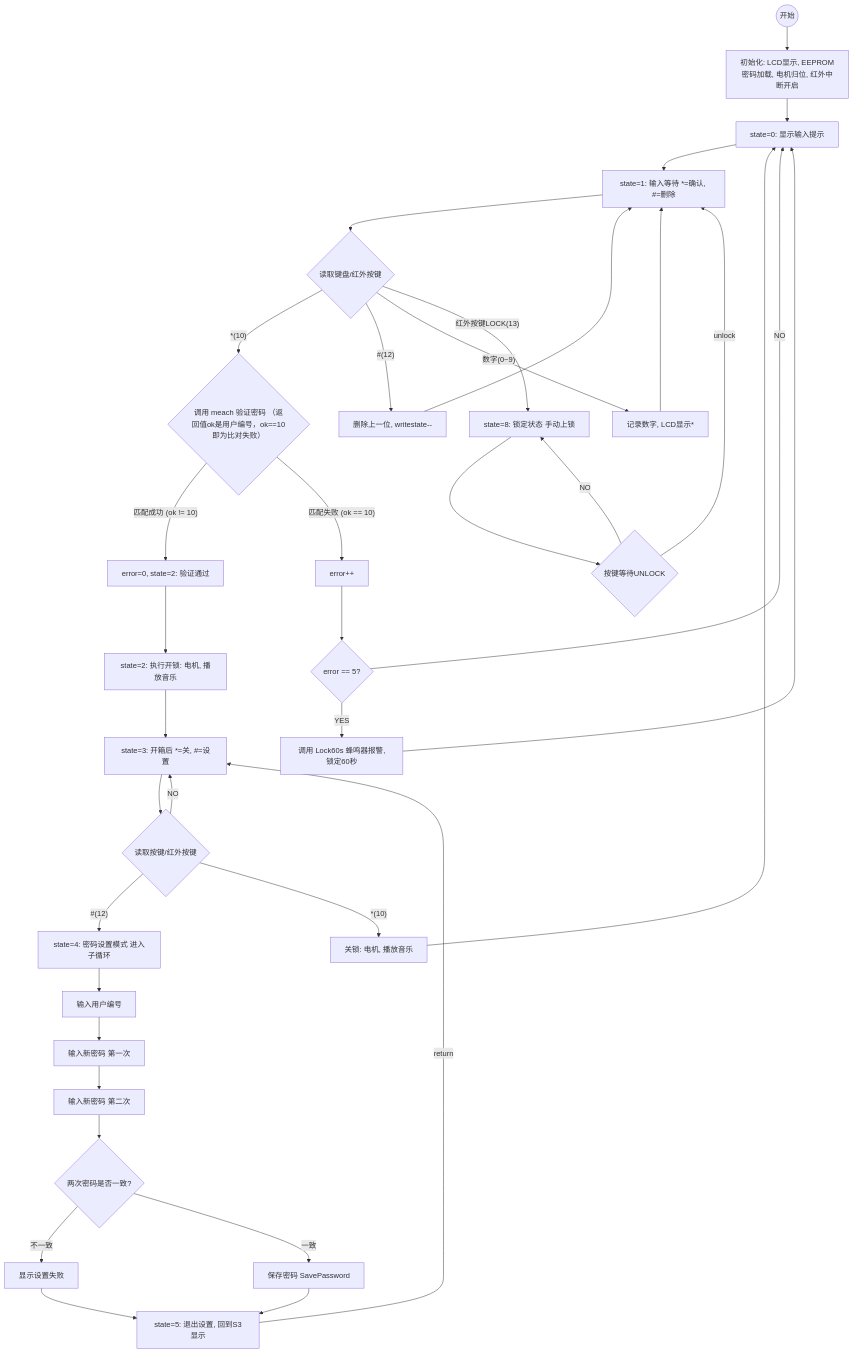
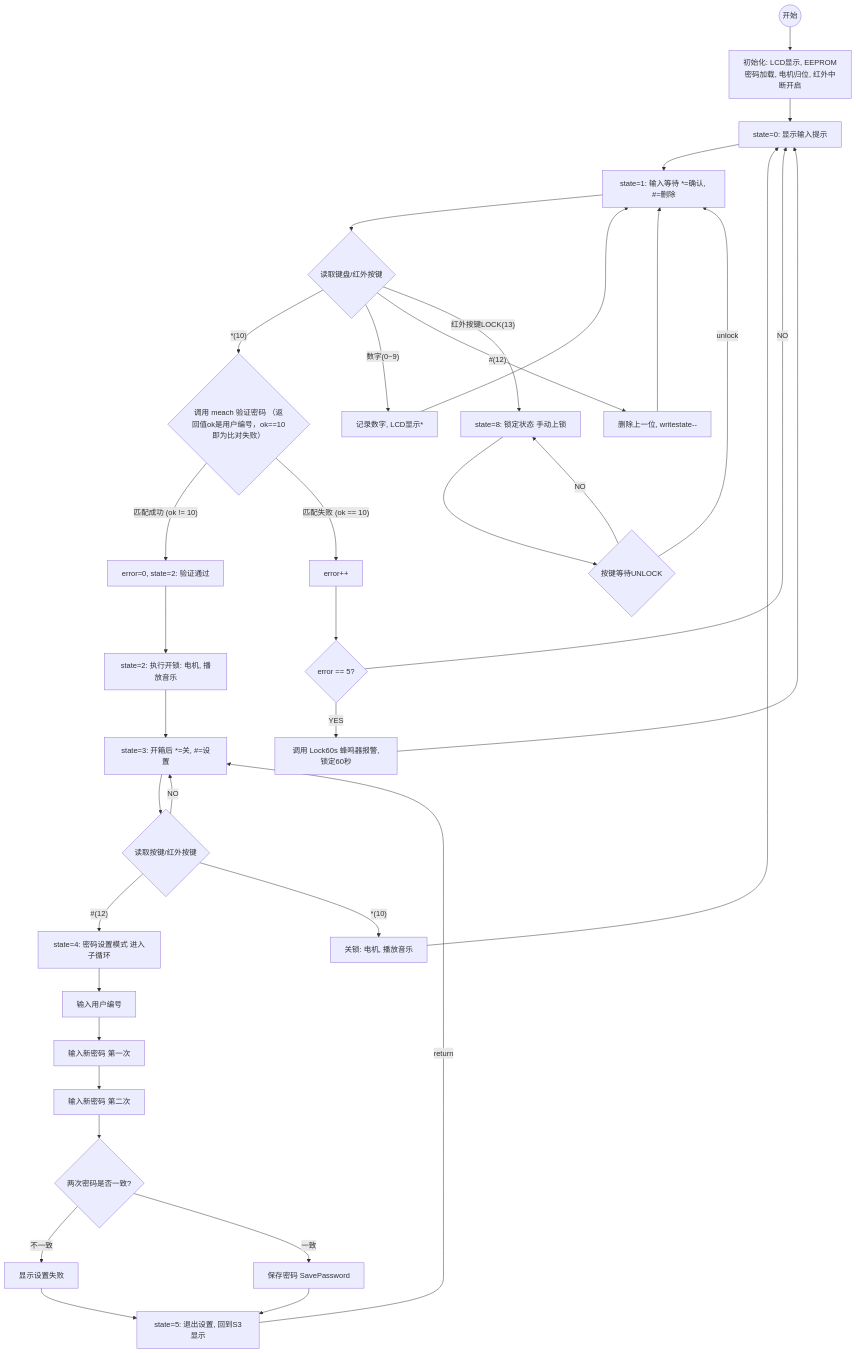
One commit to ksxyh-22/iodraw-files changed the diagram in all/未命名-2.md. Above: the diagram before and after it, drawn with Mermaid.

Commit message:
2025-10-11 11:36:33 update

````diff
--- a/all/未命名-2.md
+++ b/all/未命名-2.md
@@ -1,76 +1,77 @@
 ```mermaid
 graph TD
     %% 状态机主流程
     START((开始)) --> INIT[初始化: LCD显示, EEPROM密码加载, 电机归位, 红外中断开启];
     INIT --> S0[state=0: 显示输入提示];
 
     %% 状态 1: 密码输入与验证 (主流程)
     S0 --> S1[state=1: 输入等待 *=确认, #=删除];
     
     S1 --> INPUT{读取键盘/红外按键};
     
     %% 验证分支
     INPUT -- *(10) --> VERIFY{调用 meach 验证密码 （返回值ok是用户编号，ok==10即为比对失败）};
 
 
+    INPUT -- 数字(0~9) --> DIGIT[记录数字, LCD显示*];
     INPUT -- #(12) --> DELETE[删除上一位, writestate--];
-    INPUT -- 数字(0~9) --> DIGIT[记录数字, LCD显示*];
+    
     DIGIT --> S1;
     DELETE --> S1;
 
     
 
     
 
     
     VERIFY -- 匹配成功 (ok != 10) --> S2_SUCCESS[error=0, state=2: 验证通过];
     
     %% 失败和错误处理 (分支到右侧)
     VERIFY -- 匹配失败 (ok == 10) --> ERROR_COUNT[error++];
     
     ERROR_COUNT --> CHECK_ERRORS{error == 5?};
     
     CHECK_ERRORS -- NO --> S0;
 
     CHECK_ERRORS -- YES --> LOCK_60s[调用 Lock60s 蜂鸣器报警,锁定60秒];
     LOCK_60s --> S0;
 
     %% 状态 2, 3, 5: 开锁后的操作 (主流程)
     S2_SUCCESS --> S2_OPEN[state=2: 执行开锁: 电机, 播放音乐];
     S2_OPEN --> S3[state=3: 开箱后 *=关, #=设置];
 
     S3 --> POST_KEY{读取按键/红外按键};
     
     POST_KEY -- NO --> S3;
     
     POST_KEY -- #(12) --> S4[state=4: 密码设置模式 进入子循环];
 
     POST_KEY -- *(10) --> S3_CLOSE[关锁: 电机, 播放音乐];
     S3_CLOSE --> S0;
     
     
 
     %% 状态 4: 密码设置 (子流程)
     S4 --> S4_USER[输入用户编号];
     S4_USER --> S4_PASS1[输入新密码 第一次];
     S4_PASS1 --> S4_PASS2[输入新密码 第二次];
 
     S4_PASS2 --> S4_CHECK{两次密码是否一致?};
     
     S4_CHECK -- 不一致 --> S4_FAIL[显示设置失败];
     S4_FAIL --> S5[state=5: 退出设置, 回到S3显示];
 
     S4_CHECK -- 一致 --> S4_SAVE[保存密码 SavePassword];
     S4_SAVE --> S5;
     
     S5 -- return --> S3; 
     
     %% 手动锁定 (分支到右侧)
     INPUT -- 红外按键LOCK(13) --> S8;
 
     %% 状态 8: 锁定状态 (独立循环)
     S8[state=8: 锁定状态 手动上锁] --> S8_WAIT{按键等待UNLOCK};
     
     S8_WAIT -- NO --> S8;
     S8_WAIT -- unlock --> S1;
 ```
````
